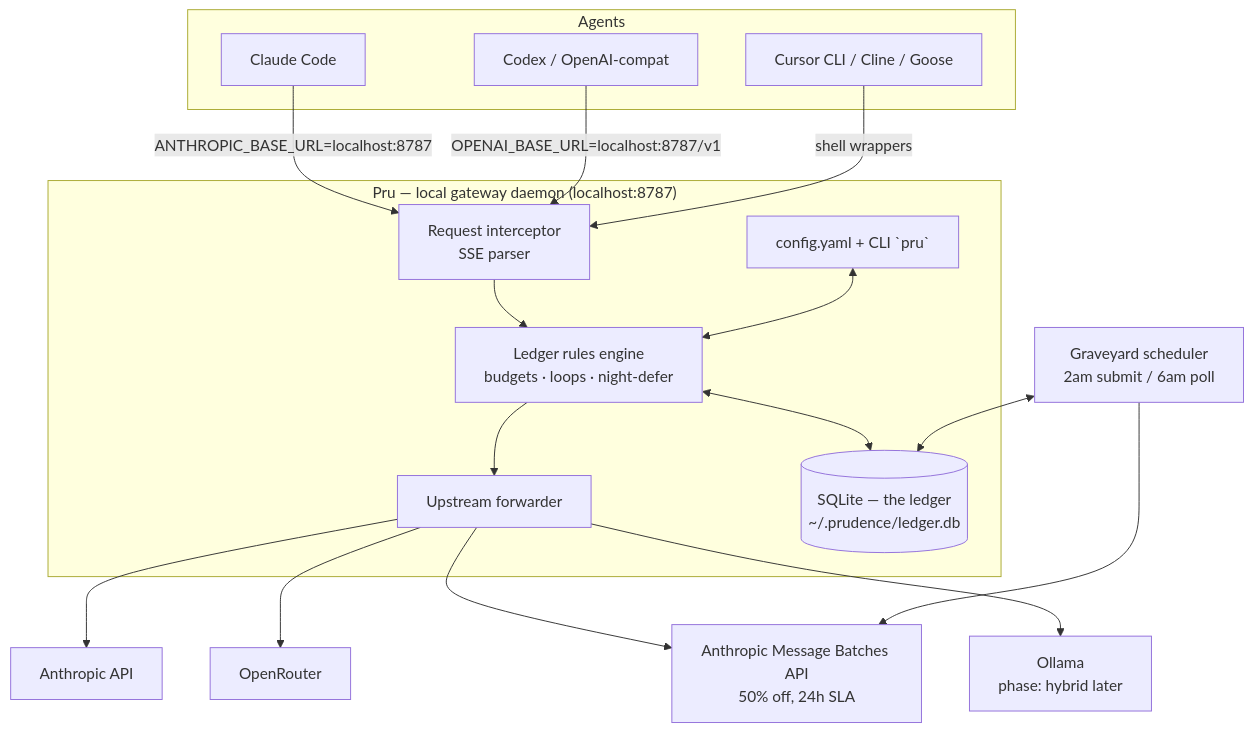
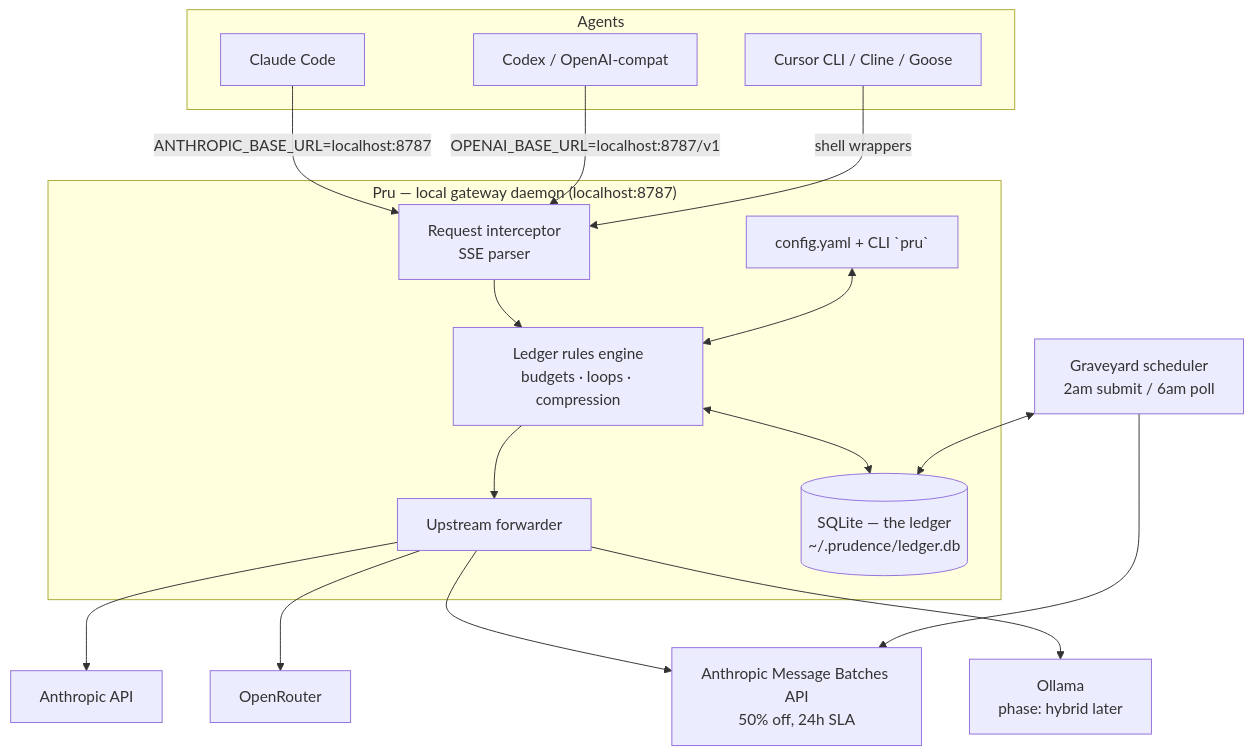
One commit to prudence-cli/prudence changed the first of 4 diagrams in implementation-plans-prudence.md. Above: the diagram before and after it, drawn with Mermaid. The commit also changed other lines of this file and 1 other file, not shown here.

Commit message:
docs: Runcap deep-dive, compression parity, F0 gate

````diff
--- a/implementation-plans-prudence.md
+++ b/implementation-plans-prudence.md
@@ -97,32 +123,32 @@
 ```mermaid
 flowchart TB
     subgraph Agents
         CC[Claude Code]
         CX[Codex / OpenAI-compat]
         CU[Cursor CLI / Cline / Goose]
     end
 
     subgraph GW["Pru — local gateway daemon (localhost:8787)"]
         INT[Request interceptor<br/>SSE parser]
-        RE[Ledger rules engine<br/>budgets · loops · night-defer]
+        RE[Ledger rules engine<br/>budgets · loops · compression]
         FWD[Upstream forwarder]
         DB[(SQLite — the ledger<br/>~/.prudence/ledger.db)]
         CFG[config.yaml + CLI `pru`]
 
         INT --> RE --> FWD
         RE <--> DB
         CFG <--> RE
     end
 
     CC -- "ANTHROPIC_BASE_URL=localhost:8787" --> INT
     CX -- "OPENAI_BASE_URL=localhost:8787/v1" --> INT
     CU -- "shell wrappers" --> INT
 
     FWD --> ANT[Anthropic API]
     FWD --> OR[OpenRouter]
     FWD --> BATCH[Anthropic Message Batches API<br/>50% off, 24h SLA]
     FWD --> OLL[Ollama<br/>phase: hybrid later]
 
     NIGHT[Graveyard scheduler<br/>2am submit / 6am poll] --> BATCH
     NIGHT <--> DB
 ```
````
